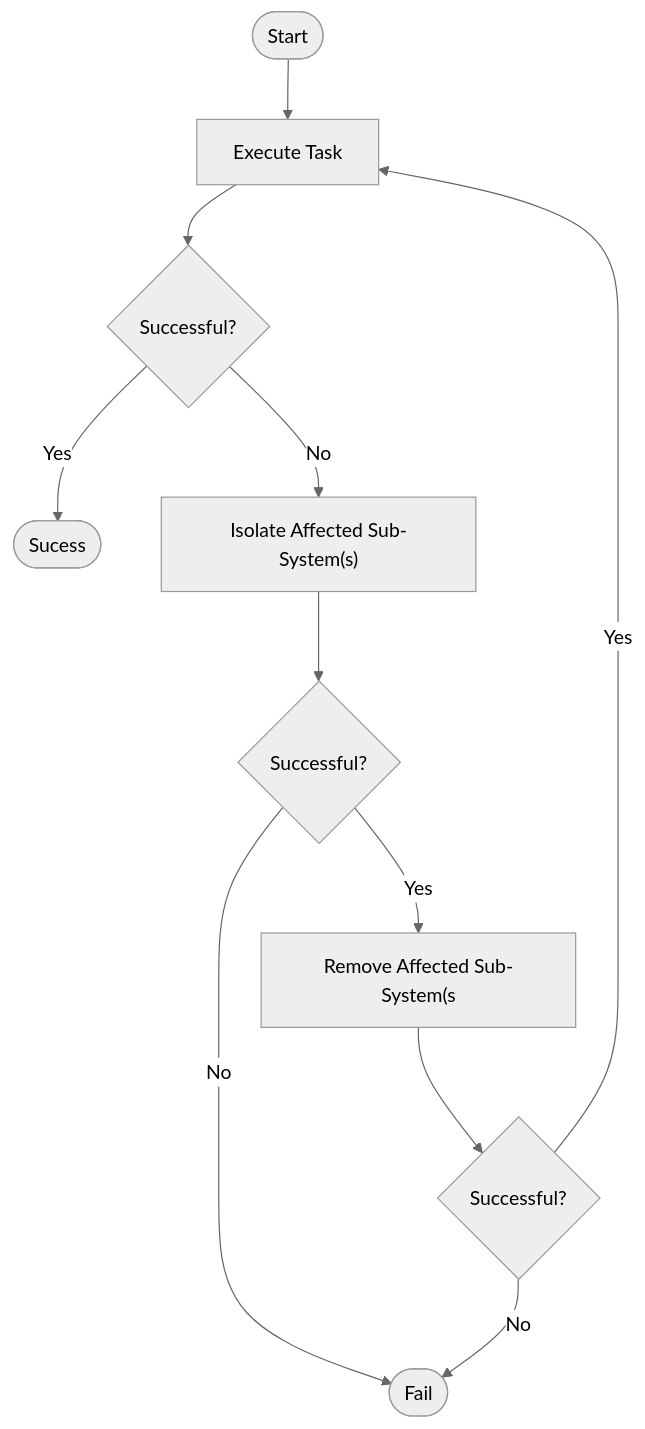
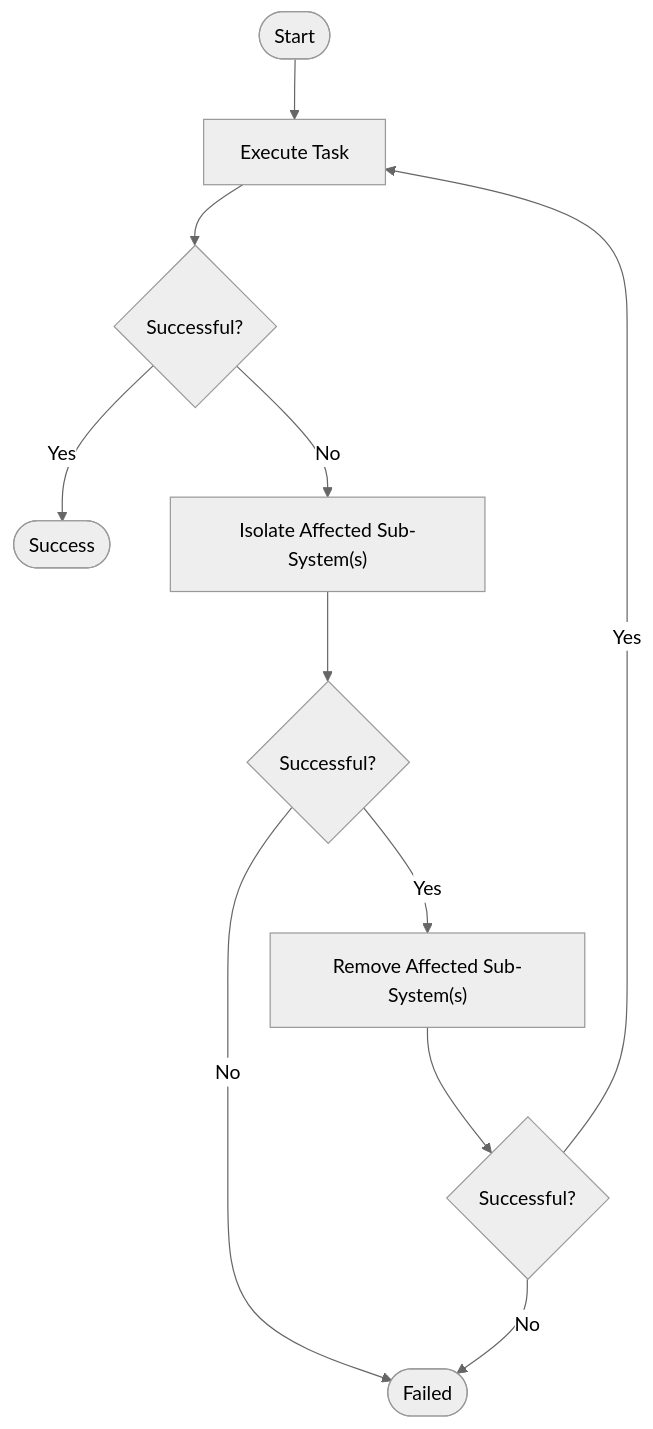
One commit to ORNL/intersect-architecture changed the diagram in sos/logical/resilience/restructure/workflow.mmd. Above: the diagram before and after it, drawn with Mermaid (neutral theme). The commit also changed 7 other files, not shown here.

```diff
--- a/sos/logical/resilience/restructure/workflow.mmd
+++ b/sos/logical/resilience/restructure/workflow.mmd
@@ -1,11 +1,11 @@
 flowchart TD
     A(["Start"]) --> B["Execute Task"]
     B --> C{"Successful?"}
-    C -->|Yes| D(["Sucess"])
+    C -->|Yes| D(["Success"])
     C -->|No| E["Isolate Affected Sub-System(s)"]
     E --> F{"Successful?"}
-    F -->|Yes| G["Remove Affected Sub-System(s"]
-    F -->|No| H(["Fail"])
+    F -->|Yes| G["Remove Affected Sub-System(s)"]
+    F -->|No| H(["Failed"])
     G --> I{"Successful?"}
     I -->|Yes| B
     I -->|No| H
```
